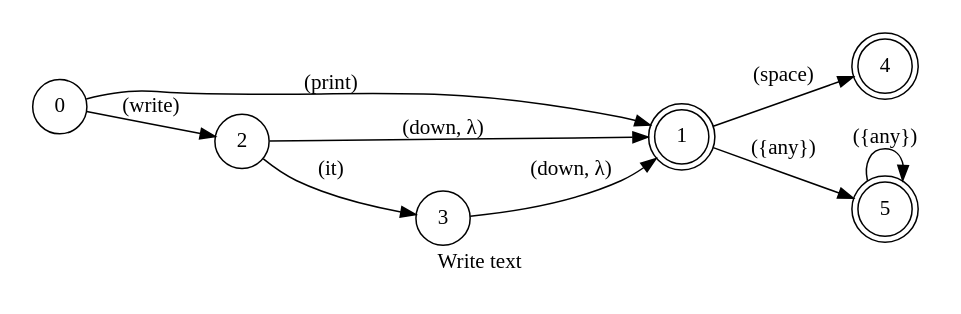
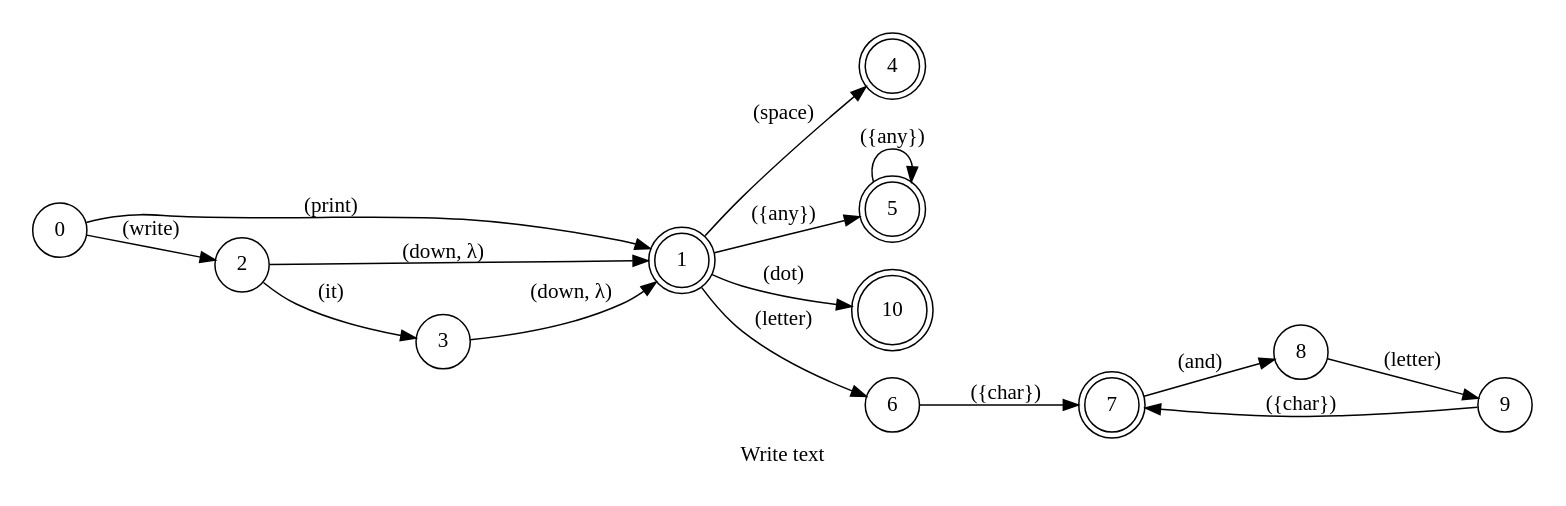
Before and after one commit to pedrooaugusto/speech-to-code: the diagram in spoken/src/modules/typescript/write/phrase_en-US.dot, drawn with Graphviz. The commit also changed 49 other files, not shown here.

```diff
--- a/spoken/src/modules/typescript/write/phrase_en-US.dot
+++ b/spoken/src/modules/typescript/write/phrase_en-US.dot
@@ -1,23 +1,28 @@
 digraph Write {
     id="write";
     label="Write text";
     lang="en-US";
     langName="English";
     pad="0.2";
     disableStopWords="true";
     rankdir=LR;
-    node[shape=doublecircle]; 1 4 5;
+    node[shape=doublecircle]; 1 4 5 7 10;
     node[shape=circle];
 
     0 -> 1 [label="(print)"];
     0 -> 2 [label="(write)"];
     2 -> 1 [label="(down, λ)"];
     2 -> 3 [label="(it)"];
     3 -> 1 [label="(down, λ)"];
     1 -> 4 [label="(space)", store=isSpace, normalizer=boolean];
     1 -> 5 [label="({any})", store=text];
     5 -> 5 [label="({any})", store=text];
+    1 -> 6 [label="(letter)", store=isDitaction, normalizer=boolean];
+    {6 9} -> 7 [label="({char})", store=text];
+    7 -> 8 [label="(and)"];
+    8 -> 9 [label="(letter)"];
+    1 -> 10 [label="(dot)", store=isDot, normalizer=boolean];
 
     title="Write text";
     desc="Write some text in the editor";
 }
```
